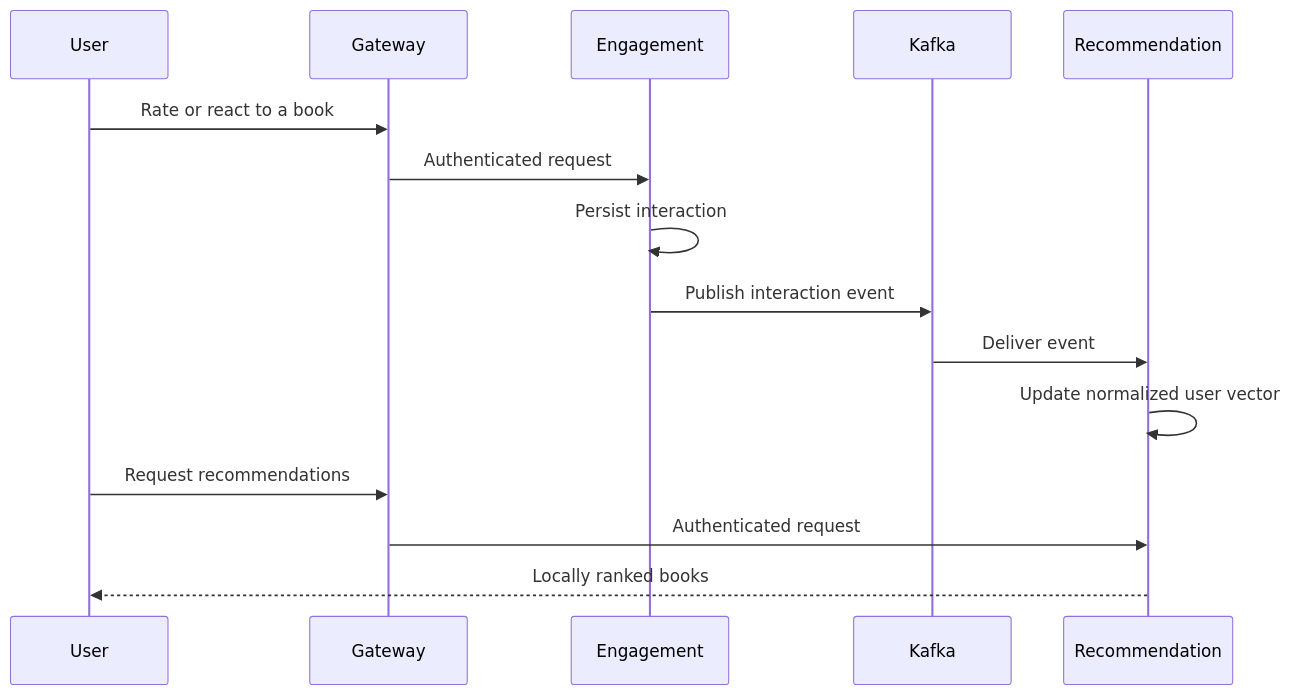
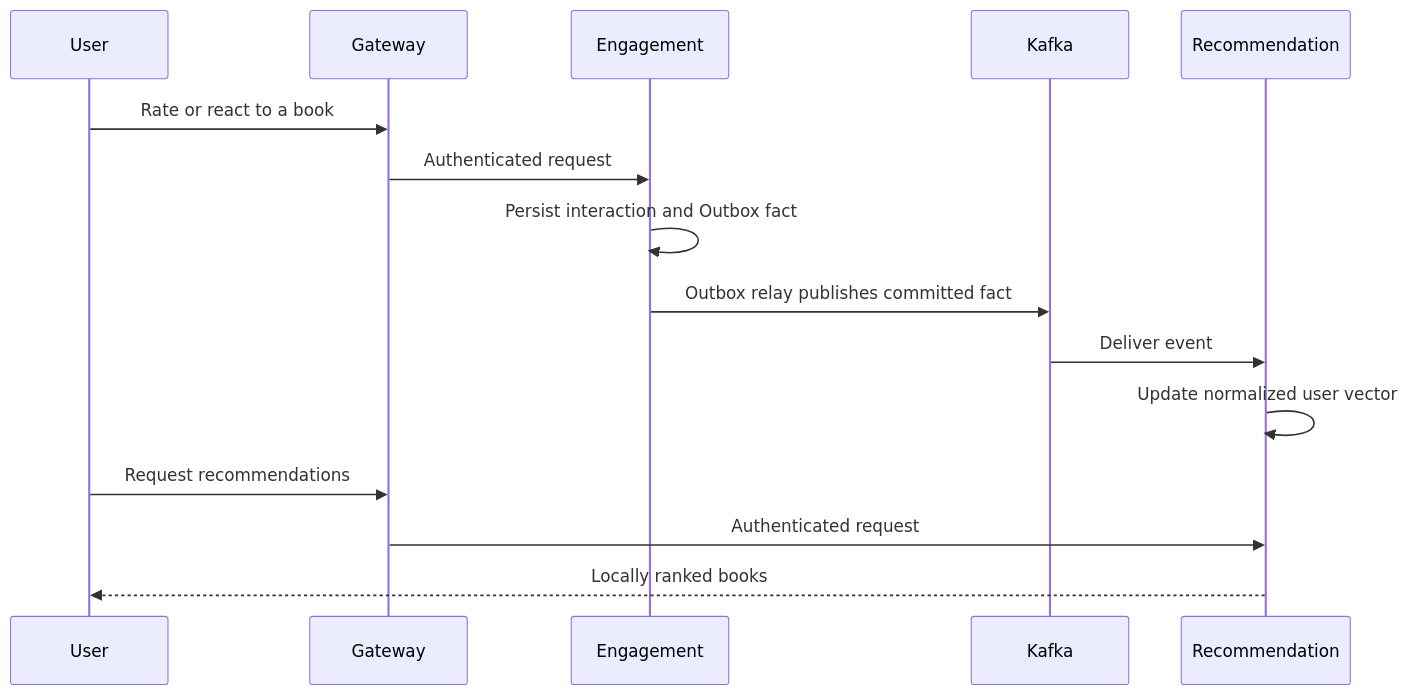
Before and after one commit to Luca5Eckert/VellumHub: the second of 2 diagrams in README.md, drawn with Mermaid. The commit also changed other lines of this file, not shown here.

First line of the commit message:
docs: restore README presentation and reconcile current architecture (#339)

````diff
--- a/README.md
+++ b/README.md
@@ -181,18 +181,18 @@
 ```mermaid
 sequenceDiagram
     participant U as User
     participant G as Gateway
     participant E as Engagement
     participant K as Kafka
     participant R as Recommendation
 
     U->>G: Rate or react to a book
     G->>E: Authenticated request
-    E->>E: Persist interaction
-    E->>K: Publish interaction event
+    E->>E: Persist interaction and Outbox fact
+    E->>K: Outbox relay publishes committed fact
     K->>R: Deliver event
     R->>R: Update normalized user vector
     U->>G: Request recommendations
     G->>R: Authenticated request
     R-->>U: Locally ranked books
 ```
````
